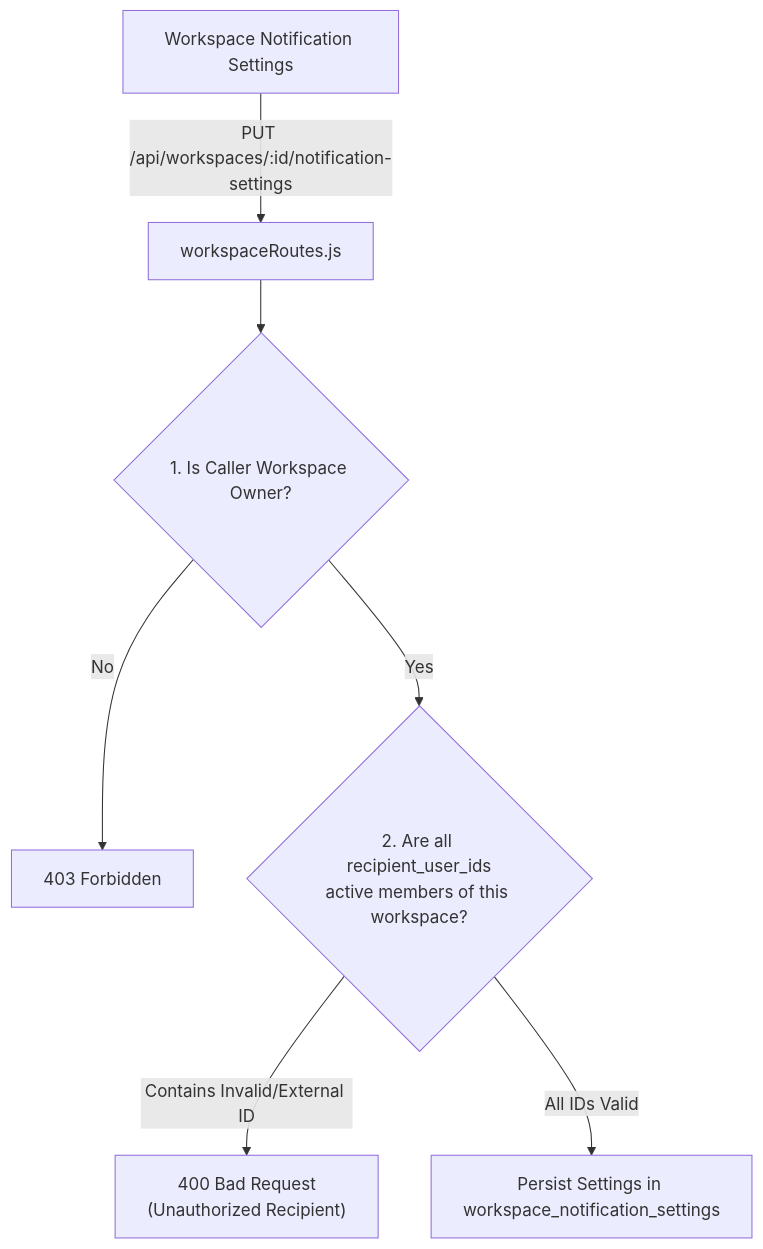
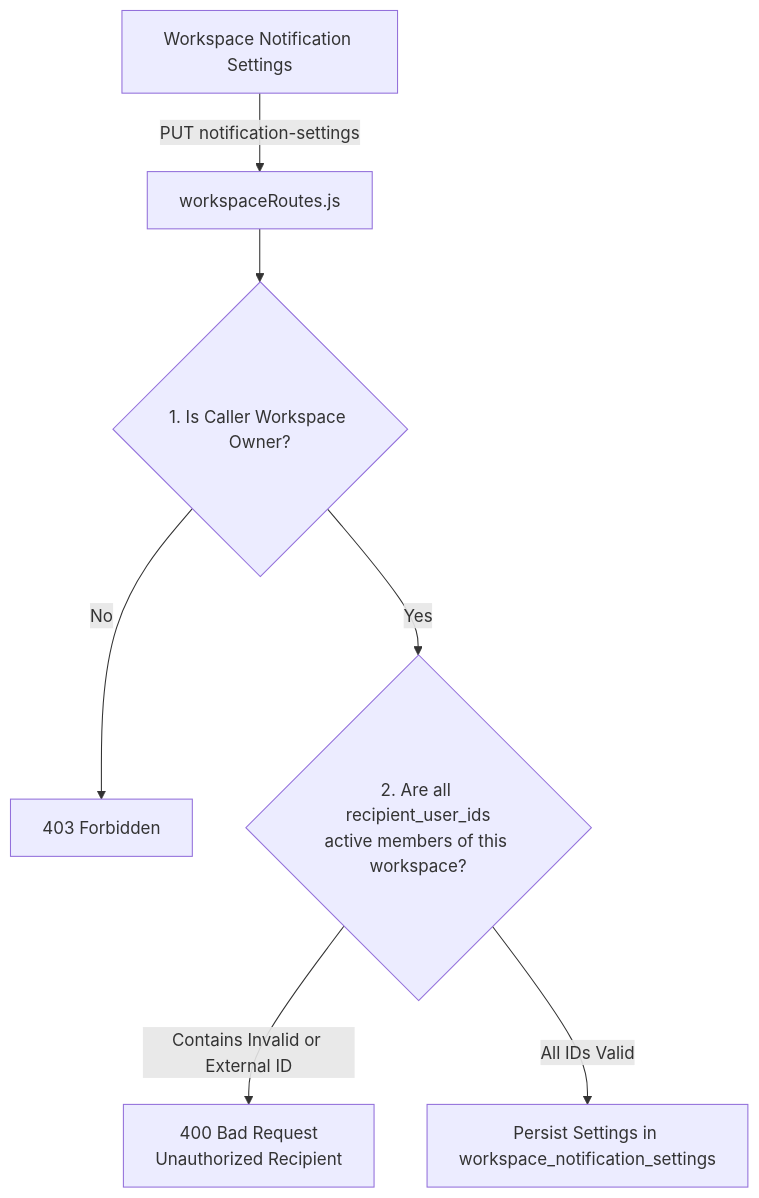
The second of 2 diagrams in docs/architecture/notification-system.md (ritesh0w0/APIDash), drawn with Mermaid before and after one commit. The commit also changed other lines of this file and 18 other files, not shown here.

Commit message:
fix(docs): resolve GitHub Mermaid parser syntax errors across all diagrams

````diff
--- a/docs/architecture/notification-system.md
+++ b/docs/architecture/notification-system.md
@@ -48,9 +48,9 @@
 ```mermaid
 graph TD
-    UI["Workspace Notification Settings"] -->|PUT /api/workspaces/:id/notification-settings| Route["workspaceRoutes.js"]
+    UI["Workspace Notification Settings"] -->|PUT notification-settings| Route["workspaceRoutes.js"]
     Route --> AuthCheck{"1. Is Caller Workspace Owner?"}
     AuthCheck -->|No| Reject403["403 Forbidden"]
     AuthCheck -->|Yes| MemberCheck{"2. Are all recipient_user_ids<br/>active members of this workspace?"}
-    MemberCheck -->|Contains Invalid/External ID| Reject400["400 Bad Request<br/>(Unauthorized Recipient)"]
+    MemberCheck -->|Contains Invalid or External ID| Reject400["400 Bad Request<br/>Unauthorized Recipient"]
     MemberCheck -->|All IDs Valid| Save["Persist Settings in workspace_notification_settings"]
 ```
````
